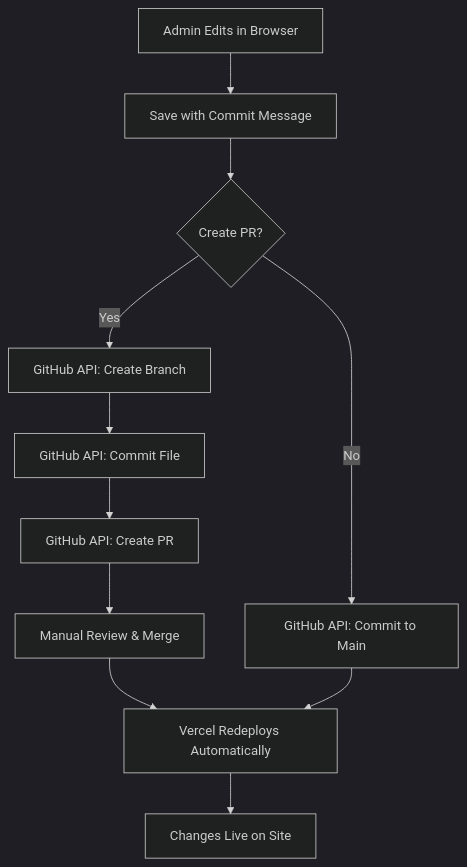
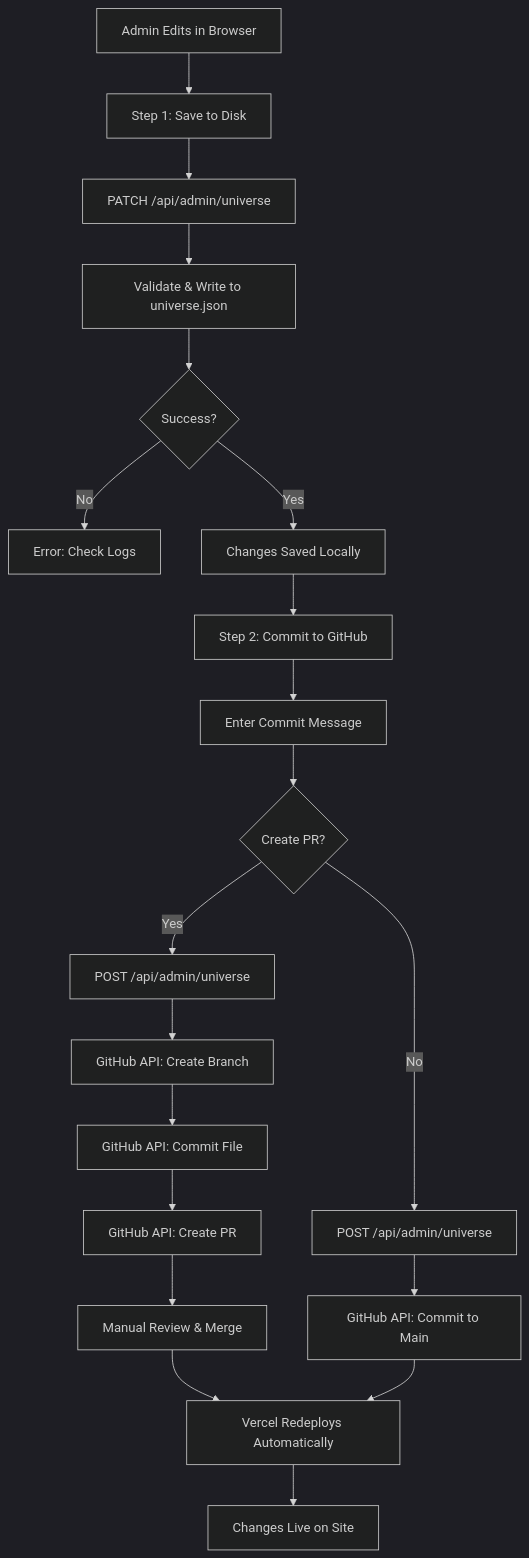
Before and after one commit to AgentFoundryExamples/the-horizon: the diagram in docs/deployment.md, drawn with Mermaid (dark theme). The commit also changed other lines of this file and 1 other file, not shown here.

Commit message:
Add integration tests and update documentation for admin save workflow

````diff
--- a/docs/deployment.md
+++ b/docs/deployment.md
@@ -200,13 +200,22 @@
 ```mermaid
 graph TD
-    A[Admin Edits in Browser] --> B[Save with Commit Message]
-    B --> C{Create PR?}
-    C -->|Yes| D[GitHub API: Create Branch]
-    D --> E[GitHub API: Commit File]
-    E --> F[GitHub API: Create PR]
-    F --> G[Manual Review & Merge]
-    G --> H[Vercel Redeploys Automatically]
-    C -->|No| I[GitHub API: Commit to Main]
-    I --> H
-    H --> J[Changes Live on Site]
+    A[Admin Edits in Browser] --> B[Step 1: Save to Disk]
+    B --> C[PATCH /api/admin/universe]
+    C --> D[Validate & Write to universe.json]
+    D --> E{Success?}
+    E -->|No| F[Error: Check Logs]
+    E -->|Yes| G[Changes Saved Locally]
+    G --> H[Step 2: Commit to GitHub]
+    H --> I[Enter Commit Message]
+    I --> J{Create PR?}
+    J -->|Yes| K[POST /api/admin/universe]
+    K --> L[GitHub API: Create Branch]
+    L --> M[GitHub API: Commit File]
+    M --> N[GitHub API: Create PR]
+    N --> O[Manual Review & Merge]
+    O --> P[Vercel Redeploys Automatically]
+    J -->|No| Q[POST /api/admin/universe]
+    Q --> R[GitHub API: Commit to Main]
+    R --> P
+    P --> S[Changes Live on Site]
 ```
````
